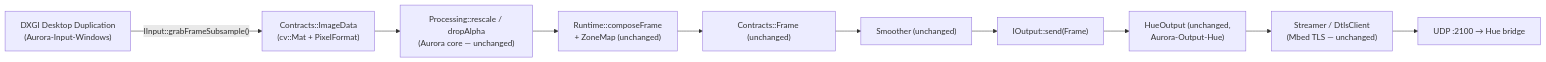
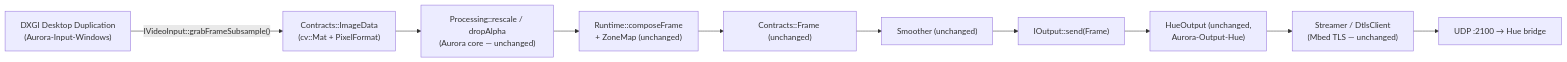
The fourth of 5 diagrams in Analysis/StackComparison.md (weblings/Aurora), drawn with Mermaid before and after one commit. The commit also changed other lines of this file, not shown here.

Commit message:
Updated stack comparison diagram now that audio is done

````diff
--- a/Analysis/StackComparison.md
+++ b/Analysis/StackComparison.md
@@ -103,12 +144,12 @@
 ```mermaid
 graph LR
-  A["DXGI Desktop Duplication<br/>(Aurora-Input-Windows)"] -->|"IInput::grabFrameSubsample()"| B["Contracts::ImageData<br/>(cv::Mat + PixelFormat)"]
+  A["DXGI Desktop Duplication<br/>(Aurora-Input-Windows)"] -->|"IVideoInput::grabFrameSubsample()"| B["Contracts::ImageData<br/>(cv::Mat + PixelFormat)"]
   B --> C["Processing::rescale / dropAlpha<br/>(Aurora core — unchanged)"]
   C --> D["Runtime::composeFrame<br/>+ ZoneMap (unchanged)"]
   D --> E["Contracts::Frame (unchanged)"]
   E --> F["Smoother (unchanged)"]
   F --> G["IOutput::send(Frame)"]
   G --> H["HueOutput (unchanged,<br/>Aurora-Output-Hue)"]
   H --> I["Streamer / DtlsClient<br/>(Mbed TLS — unchanged)"]
   I --> J["UDP :2100 → Hue bridge"]
 ```
````
